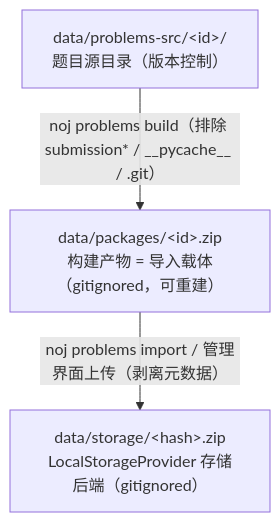
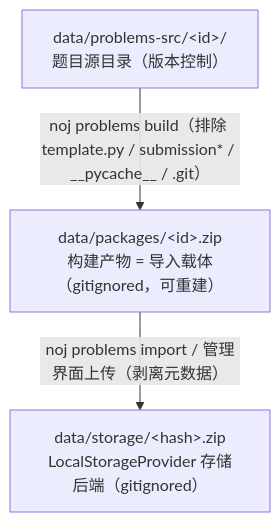
Before and after one commit to Neuro-OJ/neuro-oj: the diagram in noj-docs/docs/problemsetters/support-package.md, drawn with Mermaid. The commit also changed other lines of this file and 48 other files, not shown here.

````diff
--- a/noj-docs/docs/problemsetters/support-package.md
+++ b/noj-docs/docs/problemsetters/support-package.md
@@ -78,6 +83,6 @@
 ```mermaid
 flowchart TD
     A["data/problems-src/&lt;id&gt;/<br/>题目源目录（版本控制）"]
-    A -->|"noj problems build（排除 submission* / __pycache__ / .git）"| B["data/packages/&lt;id&gt;.zip<br/>构建产物 = 导入载体（gitignored，可重建）"]
+    A -->|"noj problems build（排除 template.py / submission* / __pycache__ / .git）"| B["data/packages/&lt;id&gt;.zip<br/>构建产物 = 导入载体（gitignored，可重建）"]
     B -->|"noj problems import / 管理界面上传（剥离元数据）"| C["data/storage/&lt;hash&gt;.zip<br/>LocalStorageProvider 存储后端（gitignored）"]
 ```
````
